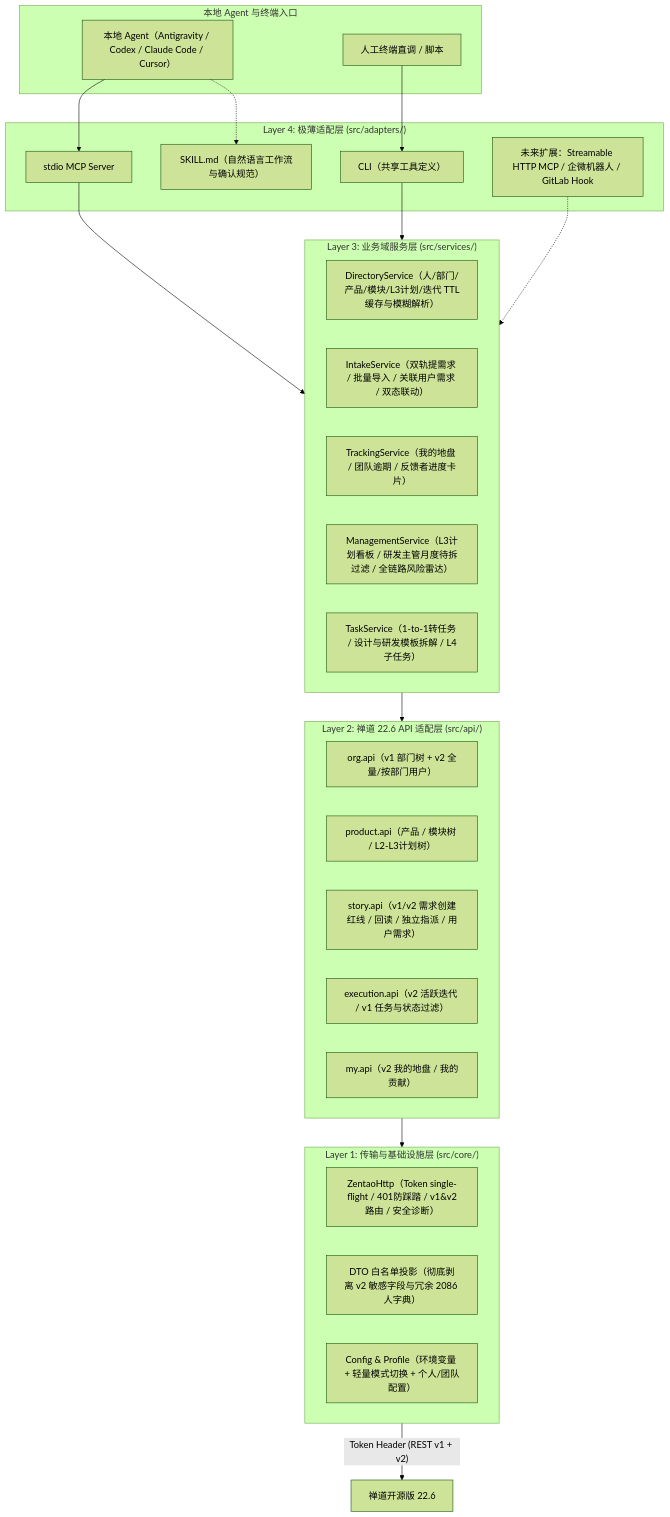
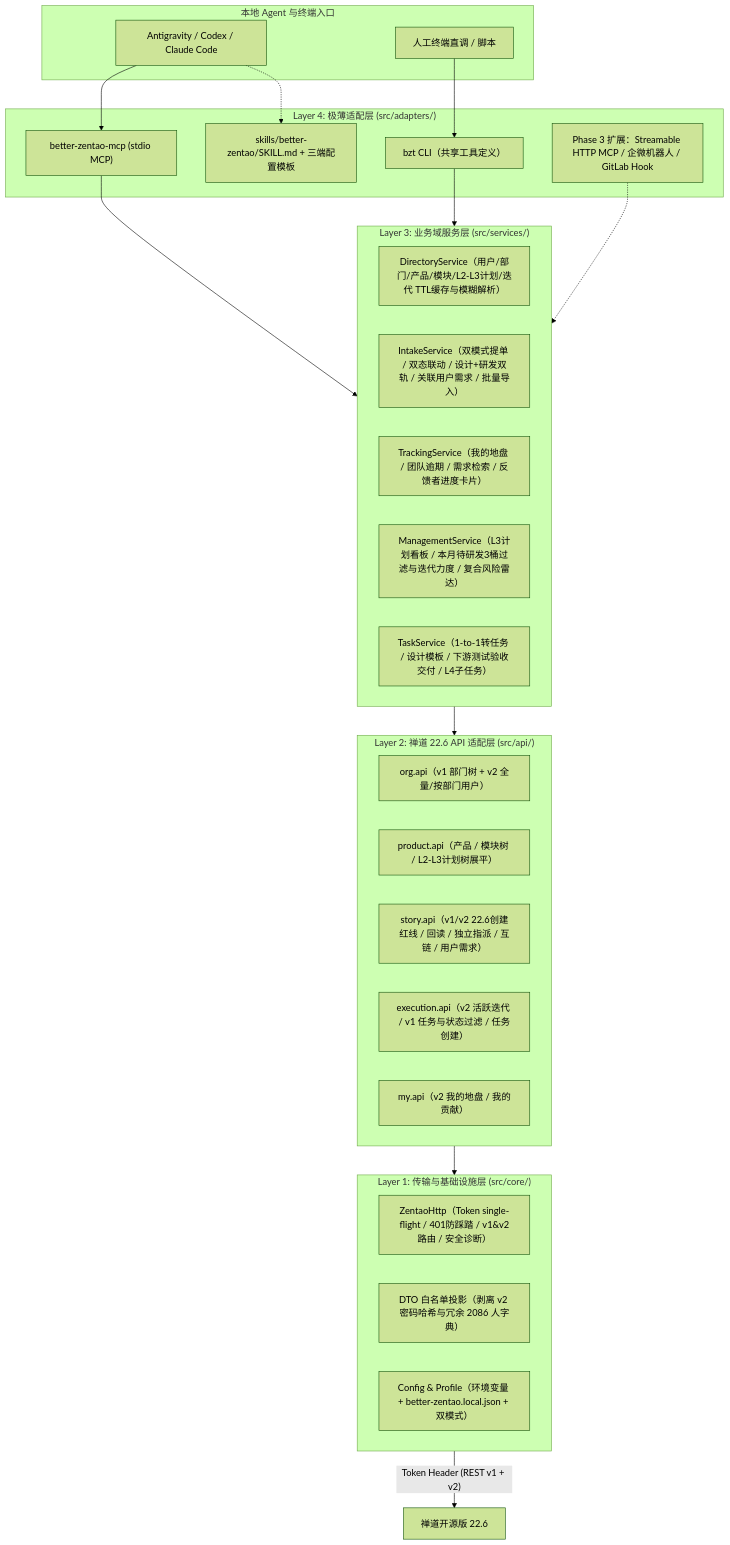
The diagram in docs/design/architecture-and-domain-plan.md (Dylan5237/better-zentao), drawn with Mermaid (forest theme) before and after one commit. The commit also changed other lines of this file and 1 other file, not shown here.

````diff
--- a/docs/design/architecture-and-domain-plan.md
+++ b/docs/design/architecture-and-domain-plan.md
@@ -26,46 +25,46 @@
 ```mermaid
 flowchart TD
     subgraph ClientLayer["本地 Agent 与终端入口"]
-        Agent["本地 Agent（Antigravity / Codex / Claude Code / Cursor）"]
+        Agent["Antigravity / Codex / Claude Code"]
         Human["人工终端直调 / 脚本"]
     end
 
     subgraph AdapterLayer["Layer 4: 极薄适配层 (src/adapters/)"]
-        MCP["stdio MCP Server"]
-        CLI["CLI（共享工具定义）"]
-        Skill["SKILL.md（自然语言工作流与确认规范）"]
-        Future["未来扩展：Streamable HTTP MCP / 企微机器人 / GitLab Hook"]
+        MCP["better-zentao-mcp (stdio MCP)"]
+        CLI["bzt CLI（共享工具定义）"]
+        Skill["skills/better-zentao/SKILL.md + 三端配置模板"]
+        Future["Phase 3 扩展：Streamable HTTP MCP / 企微机器人 / GitLab Hook"]
     end
 
     subgraph ServiceLayer["Layer 3: 业务域服务层 (src/services/)"]
-        Dir["DirectoryService（人/部门/产品/模块/L3计划/迭代 TTL缓存与模糊解析）"]
-        Intake["IntakeService（双轨提需求 / 批量导入 / 关联用户需求 / 双态联动）"]
-        Track["TrackingService（我的地盘 / 团队逾期 / 反馈者进度卡片）"]
-        Mgmt["ManagementService（L3计划看板 / 研发主管月度待拆过滤 / 全链路风险雷达）"]
-        Decomp["TaskService（1-to-1转任务 / 设计与研发模板拆解 / L4子任务）"]
+        Dir["DirectoryService（用户/部门/产品/模块/L2-L3计划/迭代 TTL缓存与模糊解析）"]
+        Intake["IntakeService（双模式提单 / 双态联动 / 设计+研发双轨 / 关联用户需求 / 批量导入）"]
+        Track["TrackingService（我的地盘 / 团队逾期 / 需求检索 / 反馈者进度卡片）"]
+        Mgmt["ManagementService（L3计划看板 / 本月待研发3桶过滤与迭代力度 / 复合风险雷达）"]
+        Decomp["TaskService（1-to-1转任务 / 设计模板 / 下游测试验收交付 / L4子任务）"]
     end
 
     subgraph ApiLayer["Layer 2: 禅道 22.6 API 适配层 (src/api/)"]
         OrgApi["org.api（v1 部门树 + v2 全量/按部门用户）"]
-        ProdApi["product.api（产品 / 模块树 / L2-L3计划树）"]
-        StoryApi["story.api（v1/v2 需求创建红线 / 回读 / 独立指派 / 用户需求）"]
-        ExecApi["execution.api（v2 活跃迭代 / v1 任务与状态过滤）"]
+        ProdApi["product.api（产品 / 模块树 / L2-L3计划树展平）"]
+        StoryApi["story.api（v1/v2 22.6创建红线 / 回读 / 独立指派 / 互链 / 用户需求）"]
+        ExecApi["execution.api（v2 活跃迭代 / v1 任务与状态过滤 / 任务创建）"]
         MyApi["my.api（v2 我的地盘 / 我的贡献）"]
     end
 
     subgraph CoreLayer["Layer 1: 传输与基础设施层 (src/core/)"]
         Http["ZentaoHttp（Token single-flight / 401防踩踏 / v1&v2路由 / 安全诊断）"]
-        Dto["DTO 白名单投影（彻底剥离 v2 敏感字段与冗余 2086 人字典）"]
-        Cfg["Config & Profile（环境变量 + 轻量模式切换 + 个人/团队配置）"]
+        Dto["DTO 白名单投影（剥离 v2 密码哈希与冗余 2086 人字典）"]
+        Cfg["Config & Profile（环境变量 + better-zentao.local.json + 双模式）"]
     end
 
     Agent --> MCP
     Agent -.-> Skill
     Human --> CLI
     MCP --> ServiceLayer
     CLI --> ServiceLayer
     Future -.-> ServiceLayer
     ServiceLayer --> ApiLayer
     ApiLayer --> CoreLayer
     CoreLayer -->|"Token Header (REST v1 + v2)"| ZT["禅道开源版 22.6"]
 ```
````
